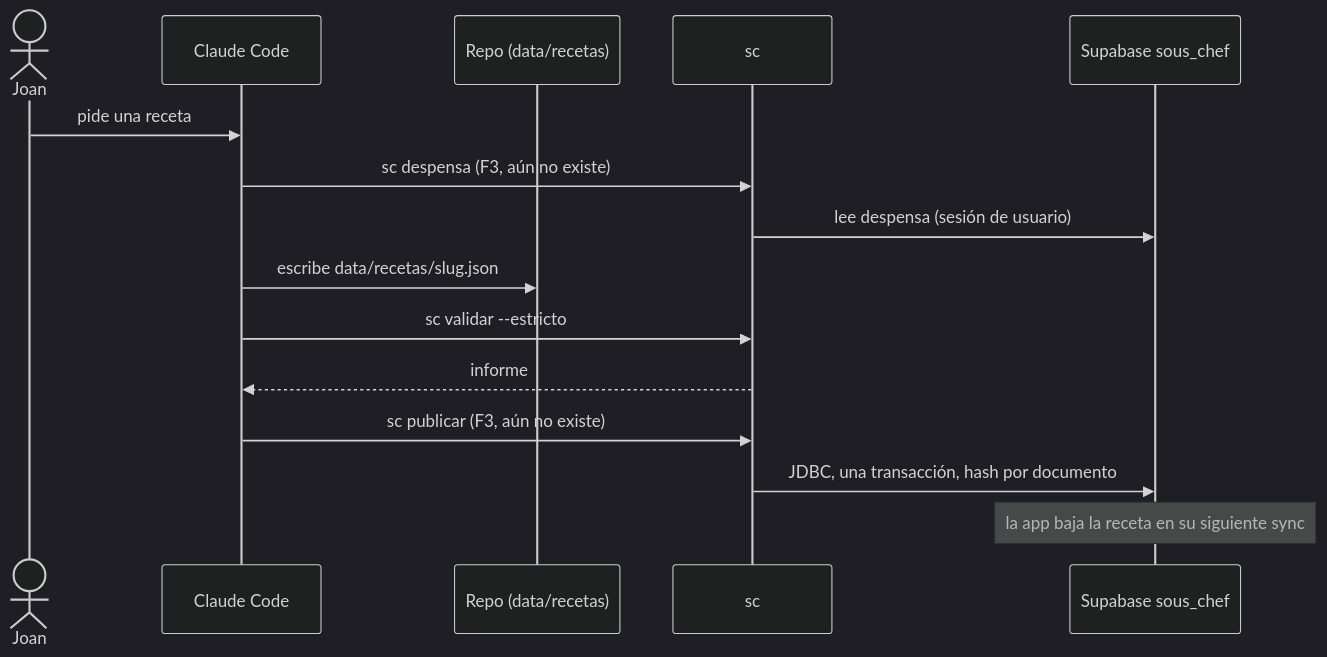
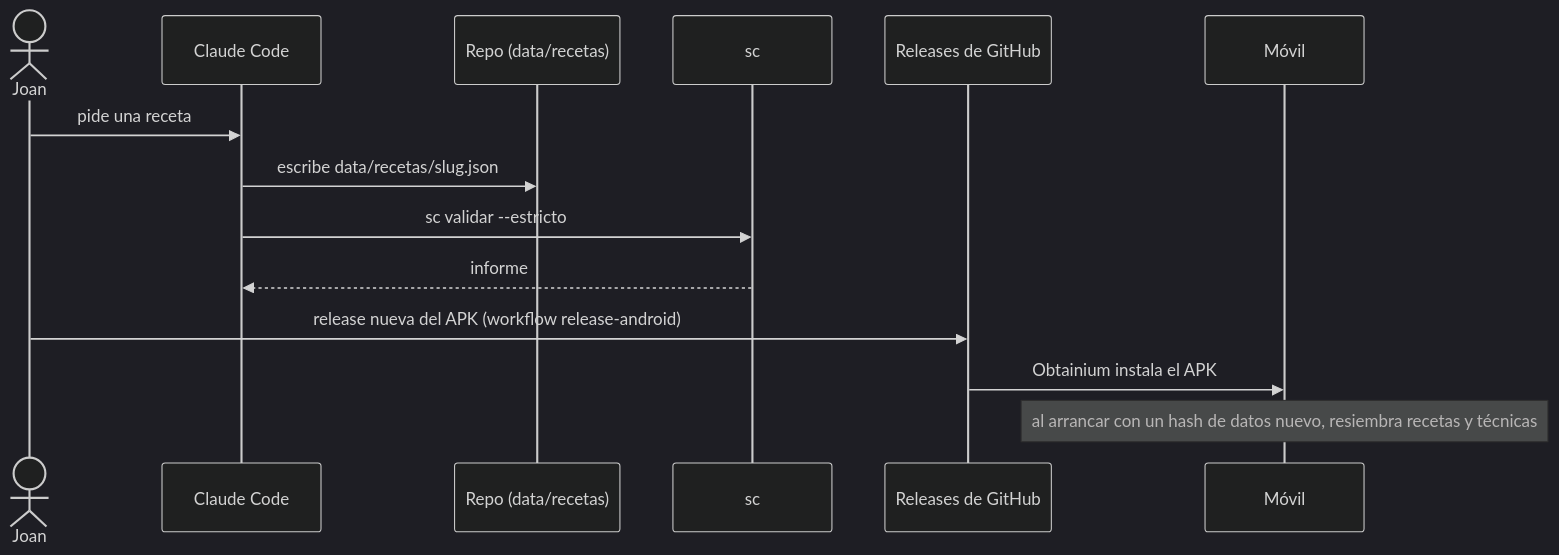
The second of 2 diagrams in docs/arquitectura.md (trombonet12/Sous-Chef), drawn with Mermaid (dark theme) before and after one commit. The commit also changed other lines of this file and 62 other files, not shown here.

First line of the commit message:
chore: drop Supabase, sync and WorkManager docs; app is local-only (ADR-0007)

````diff
--- a/docs/arquitectura.md
+++ b/docs/arquitectura.md
@@ -50,17 +34,16 @@
 ```mermaid
 sequenceDiagram
   actor J as Joan
   participant C as Claude Code
   participant R as Repo (data/recetas)
   participant S as sc
-  participant DB as Supabase sous_chef
+  participant G as Releases de GitHub
+  participant M as Móvil
   J->>C: pide una receta
-  C->>S: sc despensa (F3, aún no existe)
-  S->>DB: lee despensa (sesión de usuario)
   C->>R: escribe data/recetas/slug.json
   C->>S: sc validar --estricto
   S-->>C: informe
-  C->>S: sc publicar (F3, aún no existe)
-  S->>DB: JDBC, una transacción, hash por documento
-  Note over DB: la app baja la receta en su siguiente sync
+  J->>G: release nueva del APK (workflow release-android)
+  G->>M: Obtainium instala el APK
+  Note over M: al arrancar con un hash de datos nuevo, resiembra recetas y técnicas
 ```
````
